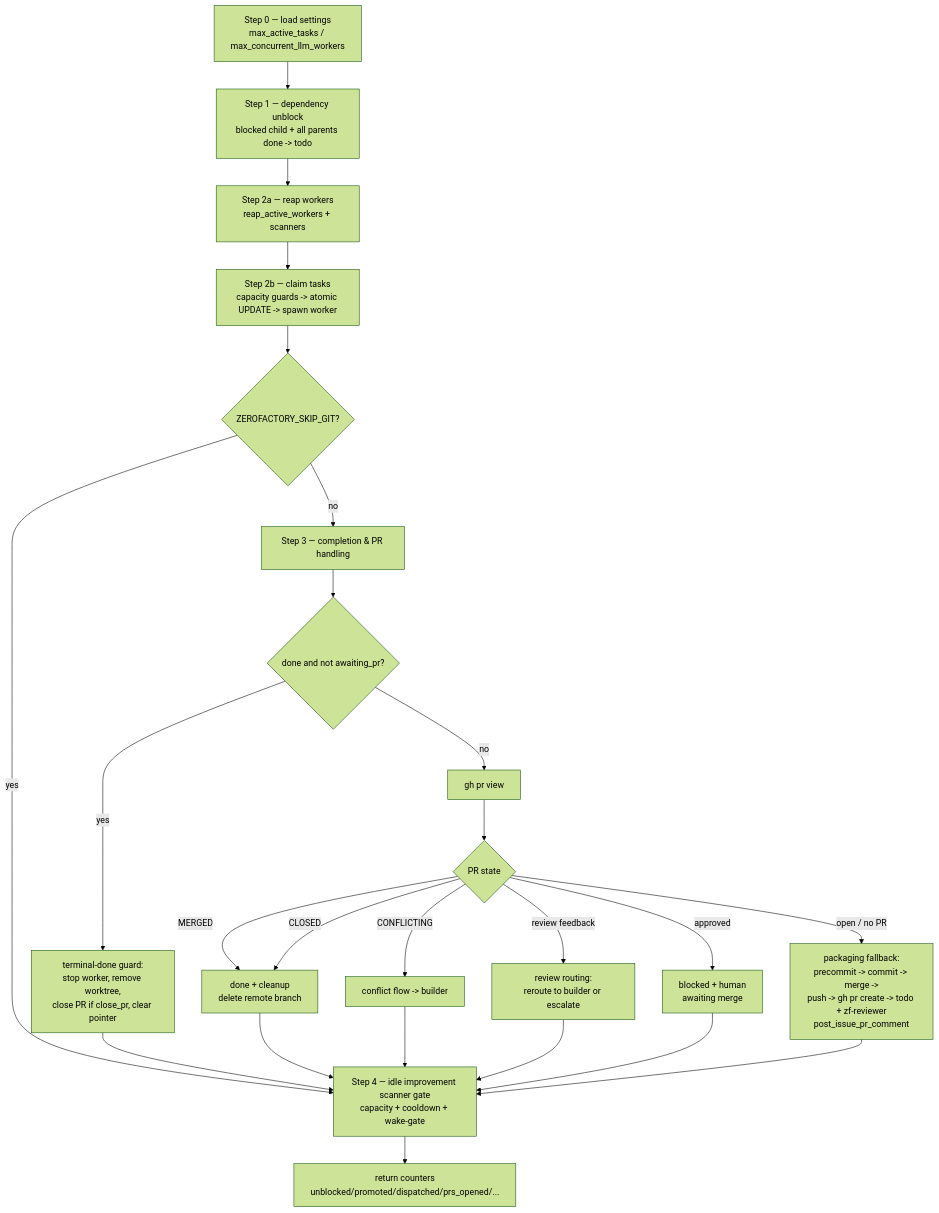
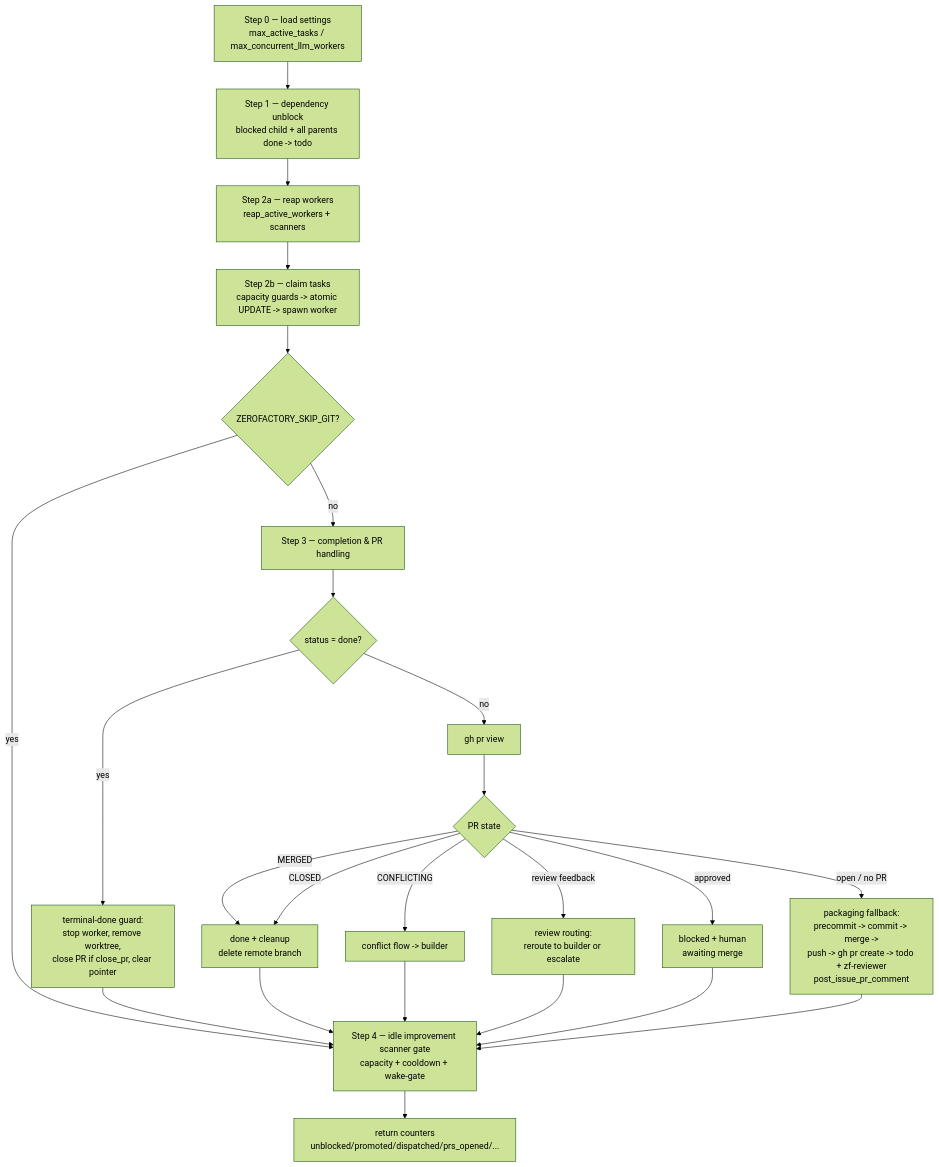
The third of 11 diagrams in docs/FLOWS.md (hotcode-dev/zerofactory), drawn with Mermaid (forest theme) before and after one commit. The commit also changed other lines of this file and 11 other files, not shown here.

Commit message:
fix: update task status handling to ensure 'done' is strictly terminal and manage packaging phase correctly

````diff
--- a/docs/FLOWS.md
+++ b/docs/FLOWS.md
@@ -134,20 +134,20 @@
 ```mermaid
 flowchart TD
     S0["Step 0 — load settings<br/>max_active_tasks / max_concurrent_llm_workers"] --> S1
     S1["Step 1 — dependency unblock<br/>blocked child + all parents done -> todo"] --> S2
     S2["Step 2a — reap workers<br/>reap_active_workers + scanners"] --> S2B
     S2B["Step 2b — claim tasks<br/>capacity guards -> atomic UPDATE -> spawn worker"] --> S3
     S3{"ZEROFACTORY_SKIP_GIT?"} -->|no| S3B["Step 3 — completion & PR handling"]
     S3 -->|yes| S4
-    S3B --> GUARD{"done and not awaiting_pr?"}
+    S3B --> GUARD{"status = done?"}
     GUARD -->|yes| CLEAN["terminal-done guard:<br/>stop worker, remove worktree,<br/>close PR if close_pr, clear pointer"] --> S4
     GUARD -->|no| POLL["gh pr view"]
     POLL --> ST{"PR state"} 
     ST -->|MERGED| DONE1["done + cleanup<br/>delete remote branch"] --> S4
     ST -->|CLOSED| DONE1
     ST -->|CONFLICTING| CONF["conflict flow -> builder"] --> S4
     ST -->|review feedback| REVIEW["review routing:<br/>reroute to builder or escalate"] --> S4
     ST -->|approved| HUMAN["blocked + human<br/>awaiting merge"] --> S4
     ST -->|open / no PR| PACK["packaging fallback:<br/>precommit -> commit -> merge -><br/>push -> gh pr create -> todo + zf-reviewer<br/>post_issue_pr_comment"] --> S4
     S4["Step 4 — idle improvement scanner gate<br/>capacity + cooldown + wake-gate"] --> R["return counters<br/>unblocked/promoted/dispatched/prs_opened/..."]
 ```
````
